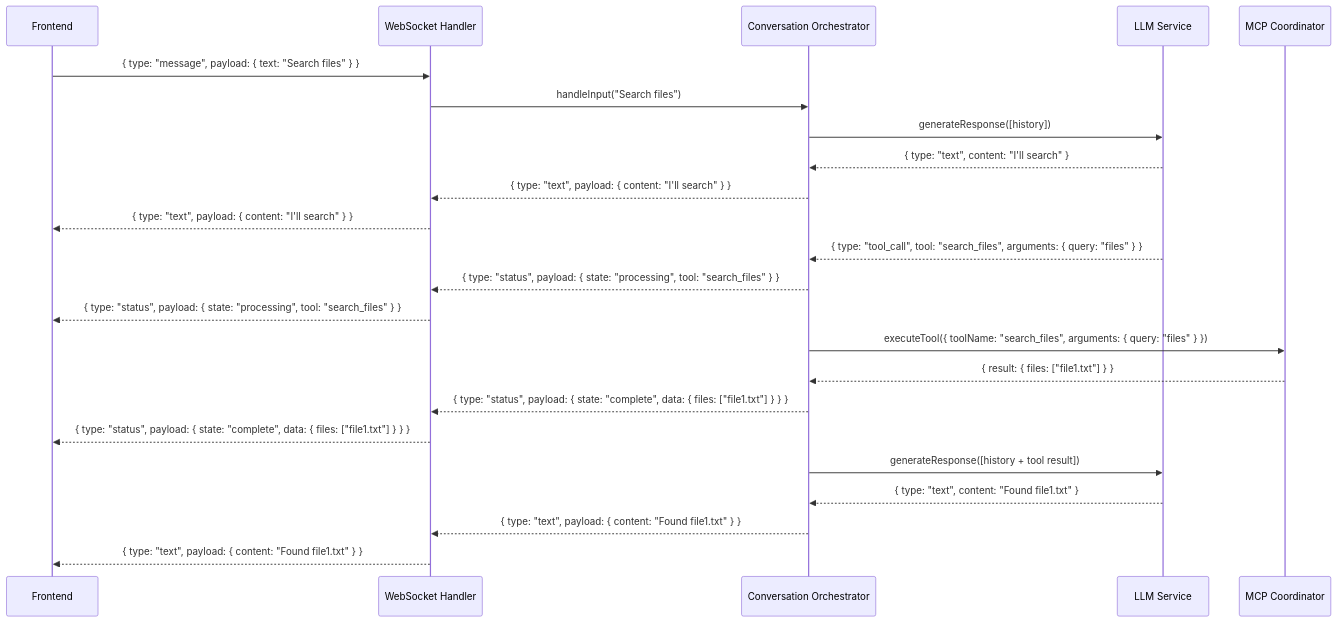
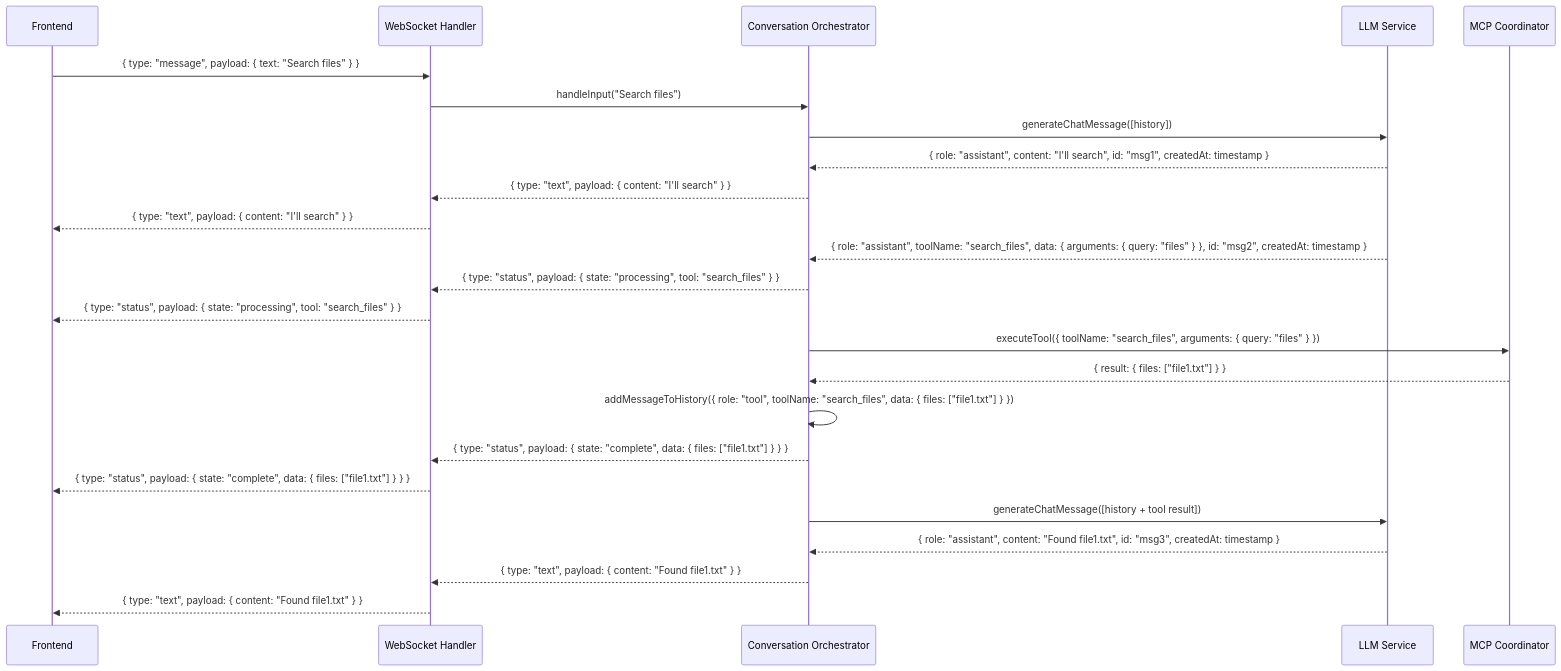
Before and after one commit to byOdysea/laserfocus-host: the first of 2 diagrams in host_mvp_implementation_v3.md, drawn with Mermaid. The commit also changed other lines of this file, not shown here.

````diff
--- a/host_mvp_implementation_v3.md
+++ b/host_mvp_implementation_v3.md
@@ -692,20 +819,21 @@
 ```mermaid
 sequenceDiagram
     Frontend->>WebSocket Handler: { type: "message", payload: { text: "Search files" } }
     WebSocket Handler->>Conversation Orchestrator: handleInput("Search files")
-    Conversation Orchestrator->>LLM Service: generateResponse([history])
-    LLM Service-->>Conversation Orchestrator: { type: "text", content: "I'll search" }
+    Conversation Orchestrator->>LLM Service: generateChatMessage([history])
+    LLM Service-->>Conversation Orchestrator: { role: "assistant", content: "I'll search", id: "msg1", createdAt: timestamp }
     Conversation Orchestrator-->>WebSocket Handler: { type: "text", payload: { content: "I'll search" } }
     WebSocket Handler-->>Frontend: { type: "text", payload: { content: "I'll search" } }
-    LLM Service-->>Conversation Orchestrator: { type: "tool_call", tool: "search_files", arguments: { query: "files" } }
+    LLM Service-->>Conversation Orchestrator: { role: "assistant", toolName: "search_files", data: { arguments: { query: "files" } }, id: "msg2", createdAt: timestamp }
     Conversation Orchestrator-->>WebSocket Handler: { type: "status", payload: { state: "processing", tool: "search_files" } }
     WebSocket Handler-->>Frontend: { type: "status", payload: { state: "processing", tool: "search_files" } }
     Conversation Orchestrator->>MCP Coordinator: executeTool({ toolName: "search_files", arguments: { query: "files" } })
     MCP Coordinator-->>Conversation Orchestrator: { result: { files: ["file1.txt"] } }
+    Conversation Orchestrator->>Conversation Orchestrator: addMessageToHistory({ role: "tool", toolName: "search_files", data: { files: ["file1.txt"] } })
     Conversation Orchestrator-->>WebSocket Handler: { type: "status", payload: { state: "complete", data: { files: ["file1.txt"] } } }
     WebSocket Handler-->>Frontend: { type: "status", payload: { state: "complete", data: { files: ["file1.txt"] } } }
-    Conversation Orchestrator->>LLM Service: generateResponse([history + tool result])
-    LLM Service-->>Conversation Orchestrator: { type: "text", content: "Found file1.txt" }
+    Conversation Orchestrator->>LLM Service: generateChatMessage([history + tool result])
+    LLM Service-->>Conversation Orchestrator: { role: "assistant", content: "Found file1.txt", id: "msg3", createdAt: timestamp }
     Conversation Orchestrator-->>WebSocket Handler: { type: "text", payload: { content: "Found file1.txt" } }
     WebSocket Handler-->>Frontend: { type: "text", payload: { content: "Found file1.txt" } }
 ```
````
